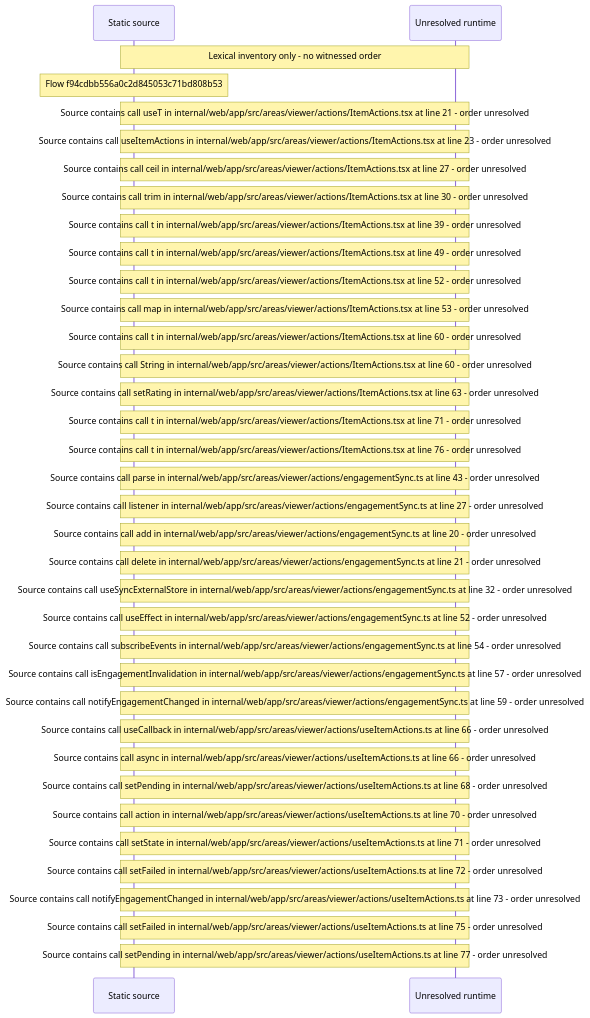
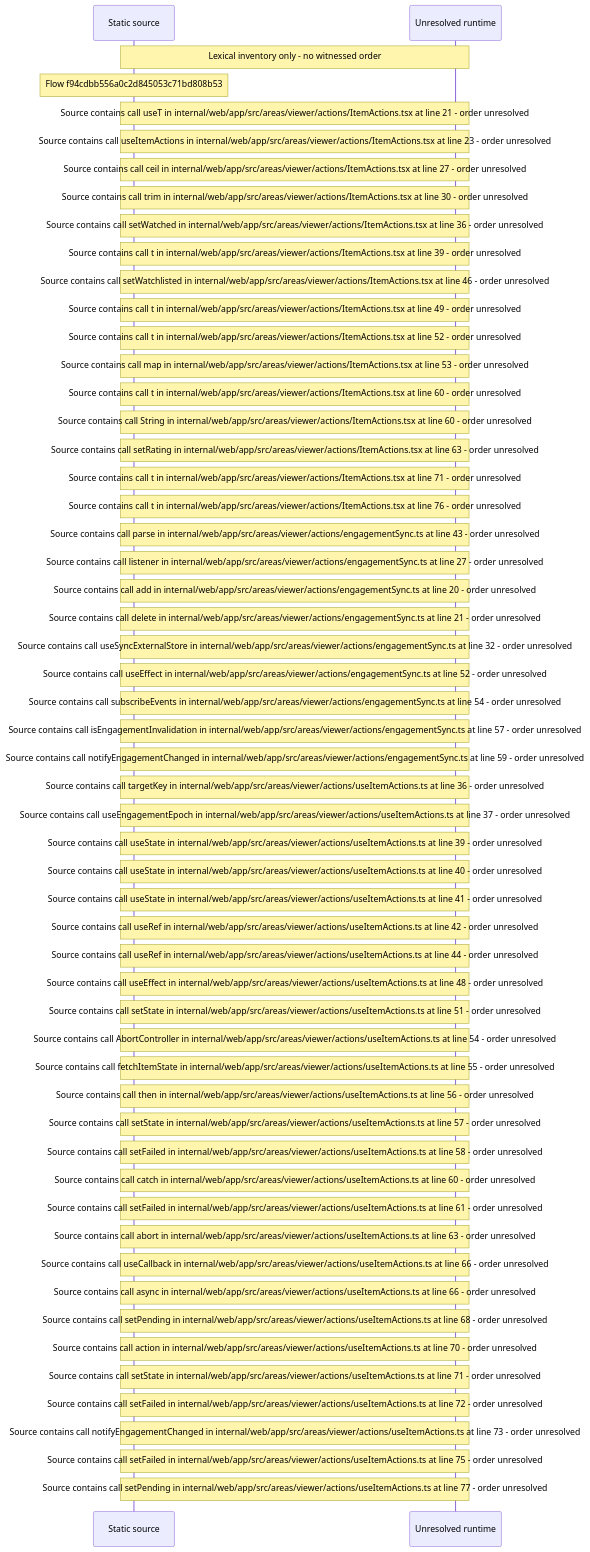
The diagram in docs/web/flows/generated/f94cdbb556a0c2d845053c71bd808b53/flow-diagram.md (beamfall/core), drawn with Mermaid before and after one commit. The commit also changed other lines of this file and 699 other files, not shown here.

Commit message:
Regenerate the web flow record with flow generator version 5

````diff
--- a/docs/web/flows/generated/f94cdbb556a0c2d845053c71bd808b53/flow-diagram.md
+++ b/docs/web/flows/generated/f94cdbb556a0c2d845053c71bd808b53/flow-diagram.md
@@ -10,38 +10,57 @@
 ```mermaid
 sequenceDiagram
     participant S as Static source
     participant U as Unresolved runtime
     Note over S,U: Lexical inventory only - no witnessed order
     Note over S: Flow f94cdbb556a0c2d845053c71bd808b53
     Note over S,U: Source contains call useT in internal/web/app/src/areas/viewer/actions/ItemActions.tsx at line 21 - order unresolved
     Note over S,U: Source contains call useItemActions in internal/web/app/src/areas/viewer/actions/ItemActions.tsx at line 23 - order unresolved
     Note over S,U: Source contains call ceil in internal/web/app/src/areas/viewer/actions/ItemActions.tsx at line 27 - order unresolved
     Note over S,U: Source contains call trim in internal/web/app/src/areas/viewer/actions/ItemActions.tsx at line 30 - order unresolved
+    Note over S,U: Source contains call setWatched in internal/web/app/src/areas/viewer/actions/ItemActions.tsx at line 36 - order unresolved
     Note over S,U: Source contains call t in internal/web/app/src/areas/viewer/actions/ItemActions.tsx at line 39 - order unresolved
+    Note over S,U: Source contains call setWatchlisted in internal/web/app/src/areas/viewer/actions/ItemActions.tsx at line 46 - order unresolved
     Note over S,U: Source contains call t in internal/web/app/src/areas/viewer/actions/ItemActions.tsx at line 49 - order unresolved
     Note over S,U: Source contains call t in internal/web/app/src/areas/viewer/actions/ItemActions.tsx at line 52 - order unresolved
     Note over S,U: Source contains call map in internal/web/app/src/areas/viewer/actions/ItemActions.tsx at line 53 - order unresolved
     Note over S,U: Source contains call t in internal/web/app/src/areas/viewer/actions/ItemActions.tsx at line 60 - order unresolved
     Note over S,U: Source contains call String in internal/web/app/src/areas/viewer/actions/ItemActions.tsx at line 60 - order unresolved
     Note over S,U: Source contains call setRating in internal/web/app/src/areas/viewer/actions/ItemActions.tsx at line 63 - order unresolved
     Note over S,U: Source contains call t in internal/web/app/src/areas/viewer/actions/ItemActions.tsx at line 71 - order unresolved
     Note over S,U: Source contains call t in internal/web/app/src/areas/viewer/actions/ItemActions.tsx at line 76 - order unresolved
     Note over S,U: Source contains call parse in internal/web/app/src/areas/viewer/actions/engagementSync.ts at line 43 - order unresolved
     Note over S,U: Source contains call listener in internal/web/app/src/areas/viewer/actions/engagementSync.ts at line 27 - order unresolved
     Note over S,U: Source contains call add in internal/web/app/src/areas/viewer/actions/engagementSync.ts at line 20 - order unresolved
     Note over S,U: Source contains call delete in internal/web/app/src/areas/viewer/actions/engagementSync.ts at line 21 - order unresolved
     Note over S,U: Source contains call useSyncExternalStore in internal/web/app/src/areas/viewer/actions/engagementSync.ts at line 32 - order unresolved
     Note over S,U: Source contains call useEffect in internal/web/app/src/areas/viewer/actions/engagementSync.ts at line 52 - order unresolved
     Note over S,U: Source contains call subscribeEvents in internal/web/app/src/areas/viewer/actions/engagementSync.ts at line 54 - order unresolved
     Note over S,U: Source contains call isEngagementInvalidation in internal/web/app/src/areas/viewer/actions/engagementSync.ts at line 57 - order unresolved
     Note over S,U: Source contains call notifyEngagementChanged in internal/web/app/src/areas/viewer/actions/engagementSync.ts at line 59 - order unresolved
+    Note over S,U: Source contains call targetKey in internal/web/app/src/areas/viewer/actions/useItemActions.ts at line 36 - order unresolved
+    Note over S,U: Source contains call useEngagementEpoch in internal/web/app/src/areas/viewer/actions/useItemActions.ts at line 37 - order unresolved
+    Note over S,U: Source contains call useState in internal/web/app/src/areas/viewer/actions/useItemActions.ts at line 39 - order unresolved
+    Note over S,U: Source contains call useState in internal/web/app/src/areas/viewer/actions/useItemActions.ts at line 40 - order unresolved
+    Note over S,U: Source contains call useState in internal/web/app/src/areas/viewer/actions/useItemActions.ts at line 41 - order unresolved
+    Note over S,U: Source contains call useRef in internal/web/app/src/areas/viewer/actions/useItemActions.ts at line 42 - order unresolved
+    Note over S,U: Source contains call useRef in internal/web/app/src/areas/viewer/actions/useItemActions.ts at line 44 - order unresolved
+    Note over S,U: Source contains call useEffect in internal/web/app/src/areas/viewer/actions/useItemActions.ts at line 48 - order unresolved
+    Note over S,U: Source contains call setState in internal/web/app/src/areas/viewer/actions/useItemActions.ts at line 51 - order unresolved
+    Note over S,U: Source contains call AbortController in internal/web/app/src/areas/viewer/actions/useItemActions.ts at line 54 - order unresolved
+    Note over S,U: Source contains call fetchItemState in internal/web/app/src/areas/viewer/actions/useItemActions.ts at line 55 - order unresolved
+    Note over S,U: Source contains call then in internal/web/app/src/areas/viewer/actions/useItemActions.ts at line 56 - order unresolved
+    Note over S,U: Source contains call setState in internal/web/app/src/areas/viewer/actions/useItemActions.ts at line 57 - order unresolved
+    Note over S,U: Source contains call setFailed in internal/web/app/src/areas/viewer/actions/useItemActions.ts at line 58 - order unresolved
+    Note over S,U: Source contains call catch in internal/web/app/src/areas/viewer/actions/useItemActions.ts at line 60 - order unresolved
+    Note over S,U: Source contains call setFailed in internal/web/app/src/areas/viewer/actions/useItemActions.ts at line 61 - order unresolved
+    Note over S,U: Source contains call abort in internal/web/app/src/areas/viewer/actions/useItemActions.ts at line 63 - order unresolved
     Note over S,U: Source contains call useCallback in internal/web/app/src/areas/viewer/actions/useItemActions.ts at line 66 - order unresolved
     Note over S,U: Source contains call async in internal/web/app/src/areas/viewer/actions/useItemActions.ts at line 66 - order unresolved
     Note over S,U: Source contains call setPending in internal/web/app/src/areas/viewer/actions/useItemActions.ts at line 68 - order unresolved
     Note over S,U: Source contains call action in internal/web/app/src/areas/viewer/actions/useItemActions.ts at line 70 - order unresolved
     Note over S,U: Source contains call setState in internal/web/app/src/areas/viewer/actions/useItemActions.ts at line 71 - order unresolved
     Note over S,U: Source contains call setFailed in internal/web/app/src/areas/viewer/actions/useItemActions.ts at line 72 - order unresolved
     Note over S,U: Source contains call notifyEngagementChanged in internal/web/app/src/areas/viewer/actions/useItemActions.ts at line 73 - order unresolved
     Note over S,U: Source contains call setFailed in internal/web/app/src/areas/viewer/actions/useItemActions.ts at line 75 - order unresolved
     Note over S,U: Source contains call setPending in internal/web/app/src/areas/viewer/actions/useItemActions.ts at line 77 - order unresolved
 ```
````
